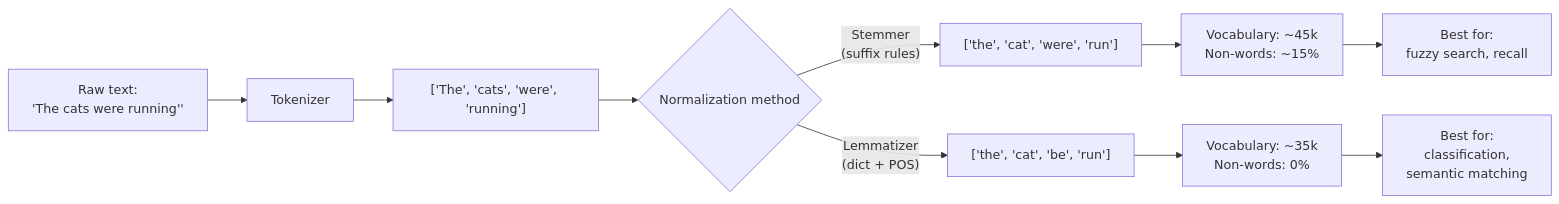
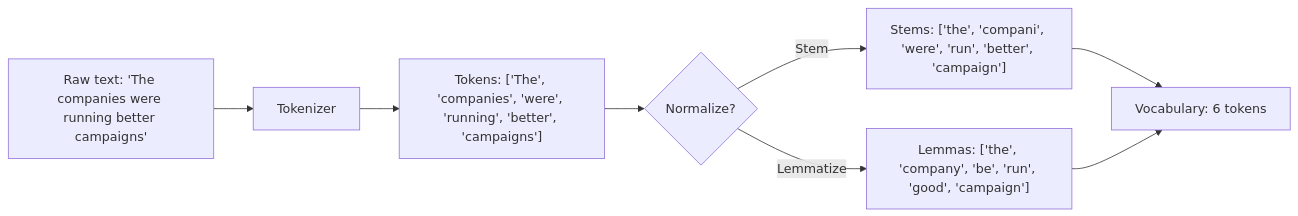
One commit to BlueSkyGTM/full-stack-gtm changed the diagram in stages/02-lesson-injection/output/hybrid-lessons/05-nlp-foundations-to-advanced/01-text-processing/docs/en.md. Above: the diagram before and after it, drawn with Mermaid. The commit also changed other lines of this file and 454 other files, not shown here.

````diff
--- a/stages/02-lesson-injection/output/hybrid-lessons/05-nlp-foundations-to-advanced/01-text-processing/docs/en.md
+++ b/stages/02-lesson-injection/output/hybrid-lessons/05-nlp-foundations-to-advanced/01-text-processing/docs/en.md
@@ -41,12 +30,10 @@
 ```mermaid
 flowchart LR
-    A["Raw text:\n'The cats were running'"'] --> B["Tokenizer"]
-    B --> C["['The', 'cats', 'were', 'running']"]
-    C --> D{Normalization method}
-    D -->|"Stemmer\n(suffix rules)"| E["['the', 'cat', 'were', 'run']"]
-    D -->|"Lemmatizer\n(dict + POS)"| F["['the', 'cat', 'be', 'run']"]
-    E --> G["Vocabulary: ~45k\nNon-words: ~15%"]
-    F --> H["Vocabulary: ~35k\nNon-words: 0%"]
-    G --> I["Best for:\nfuzzy search, recall"]
-    H --> J["Best for:\nclassification,\nsemantic matching"]
+    A["Raw text: 'The companies were running better campaigns'"] --> B["Tokenizer"]
+    B --> C["Tokens: ['The', 'companies', 'were', 'running', 'better', 'campaigns']"]
+    C --> D{"Normalize?"}
+    D -->|"Stem"| E["Stems: ['the', 'compani', 'were', 'run', 'better', 'campaign']"]
+    D -->|"Lemmatize"| F["Lemmas: ['the', 'company', 'be', 'run', 'good', 'campaign']"]
+    E --> G["Vocabulary: 6 tokens"]
+    F --> G
 ```
````
